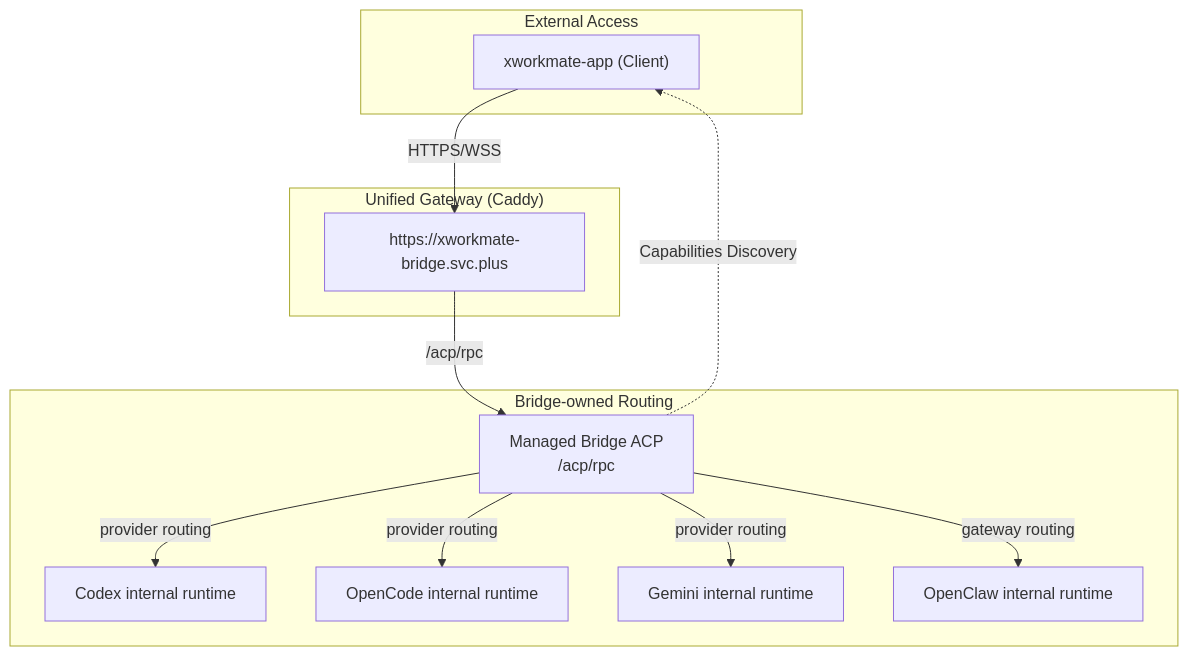
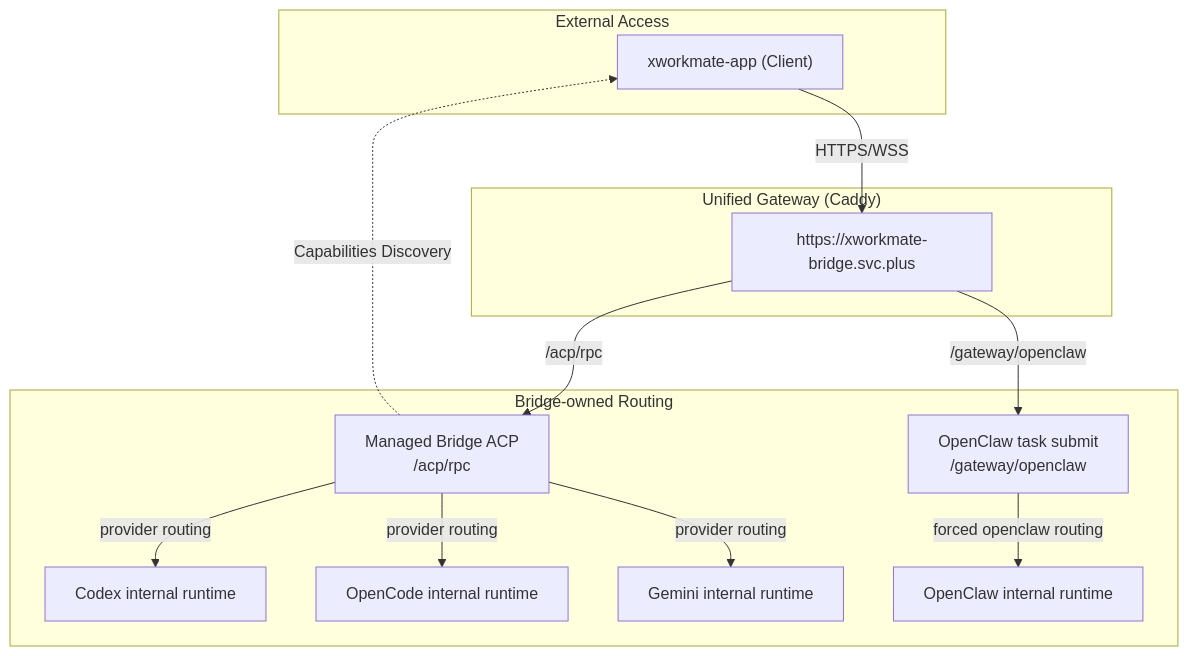
The diagram in docs/architecture/unified-routing-architecture.md (ai-workspace-lab/xworkmate-app), drawn with Mermaid before and after one commit. The commit also changed other lines of this file and 5 other files, not shown here.

Commit message:
fix: use openclaw task submit endpoint

````diff
--- a/docs/architecture/unified-routing-architecture.md
+++ b/docs/architecture/unified-routing-architecture.md
@@ -7,30 +7,32 @@
 ```mermaid
 graph TD
     subgraph "External Access"
         Client["xworkmate-app (Client)"]
     end
 
     subgraph "Unified Gateway (Caddy)"
         Bridge_Domain["https://xworkmate-bridge.svc.plus"]
     end
 
     subgraph "Bridge-owned Routing"
         ManagedBridge["Managed Bridge ACP<br/>/acp/rpc"]
+        OpenClawSubmit["OpenClaw task submit<br/>/gateway/openclaw"]
         CodexProvider["Codex internal runtime"]
         OpenCodeProvider["OpenCode internal runtime"]
         GeminiAdapter["Gemini internal runtime"]
         OpenClawGateway["OpenClaw internal runtime"]
     end
 
     %% Routing Rules
     Client -->|HTTPS/WSS| Bridge_Domain
 
     Bridge_Domain -->|/acp/rpc| ManagedBridge
+    Bridge_Domain -->|/gateway/openclaw| OpenClawSubmit
     ManagedBridge -->|provider routing| CodexProvider
     ManagedBridge -->|provider routing| OpenCodeProvider
     ManagedBridge -->|provider routing| GeminiAdapter
-    ManagedBridge -->|gateway routing| OpenClawGateway
+    OpenClawSubmit -->|forced openclaw routing| OpenClawGateway
 
     %% Service Connections
     ManagedBridge -.->|Capabilities Discovery| Client
 ```
````
